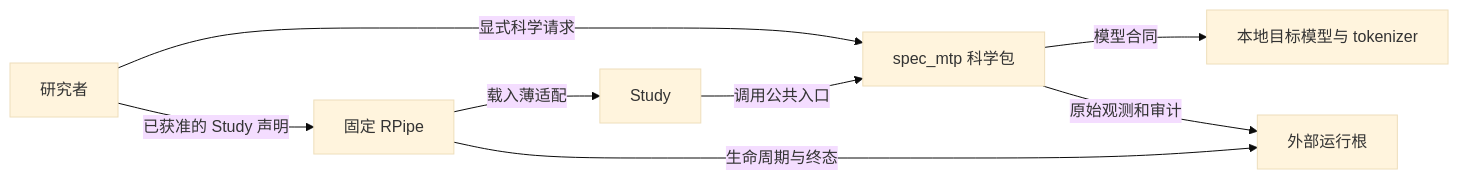
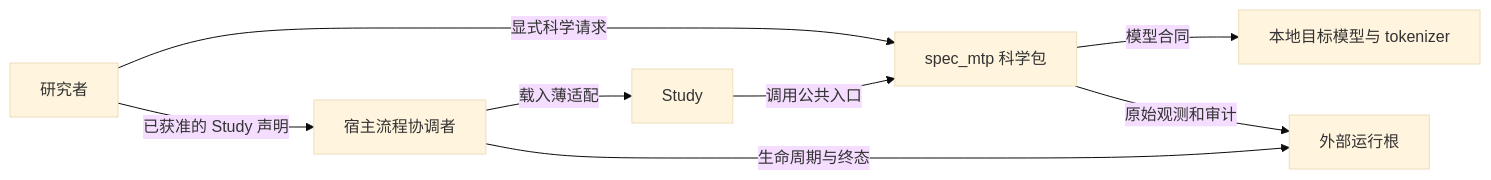
Before and after one commit to DreamSoul-AI/denoising-speculative-decoding: the first of 4 diagrams in docs/架构设计 Architecture Design 去噪推测解码.md, drawn with Mermaid (base theme). The commit also changed other lines of this file and 91 other files, not shown here.

Commit message:
refactor: consolidate scientific host into structure and flow [skip ci]

````diff
--- a/docs/架构设计 Architecture Design 去噪推测解码.md
+++ b/docs/架构设计 Architecture Design 去噪推测解码.md
@@ -8,10 +8,10 @@
 ```mermaid
 flowchart LR
     Researcher[研究者] -->|显式科学请求| Host[spec_mtp 科学包]
-    Researcher -->|已获准的 Study 声明| Pipeline[固定 RPipe]
+    Researcher -->|已获准的 Study 声明| Pipeline[宿主流程协调者]
     Pipeline -->|载入薄适配| Study[Study]
     Study -->|调用公共入口| Host
     Host -->|模型合同| Model[本地目标模型与 tokenizer]
     Host -->|原始观测和审计| RunData[外部运行根]
     Pipeline -->|生命周期与终态| RunData
 ```
````
